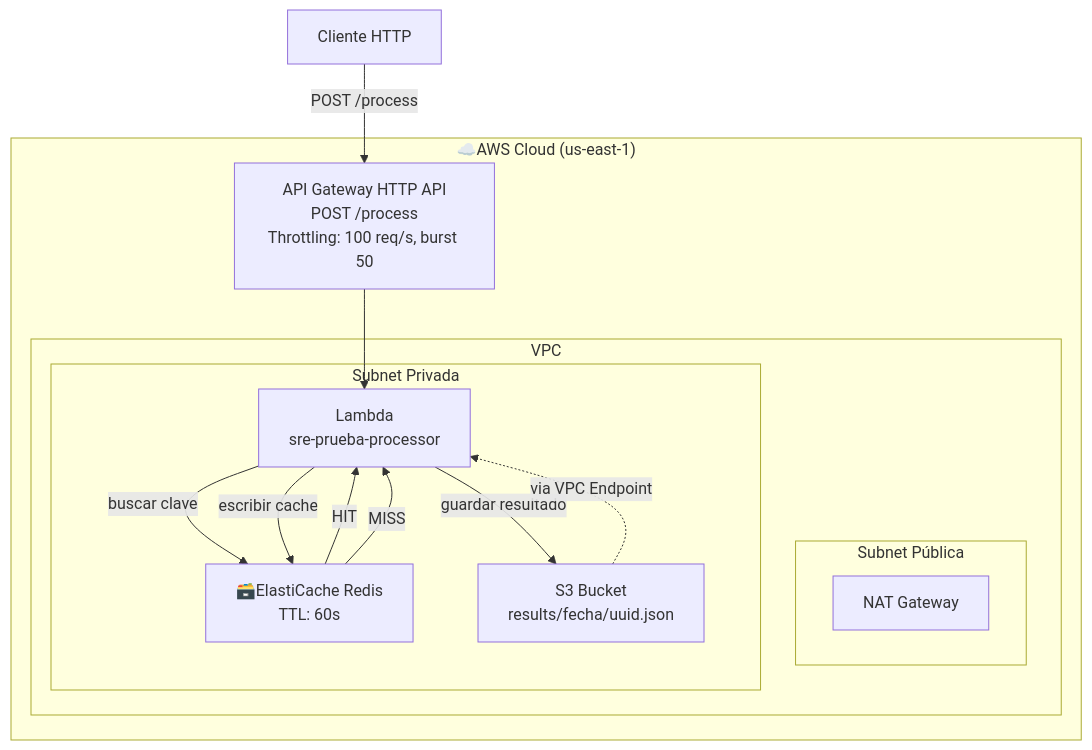
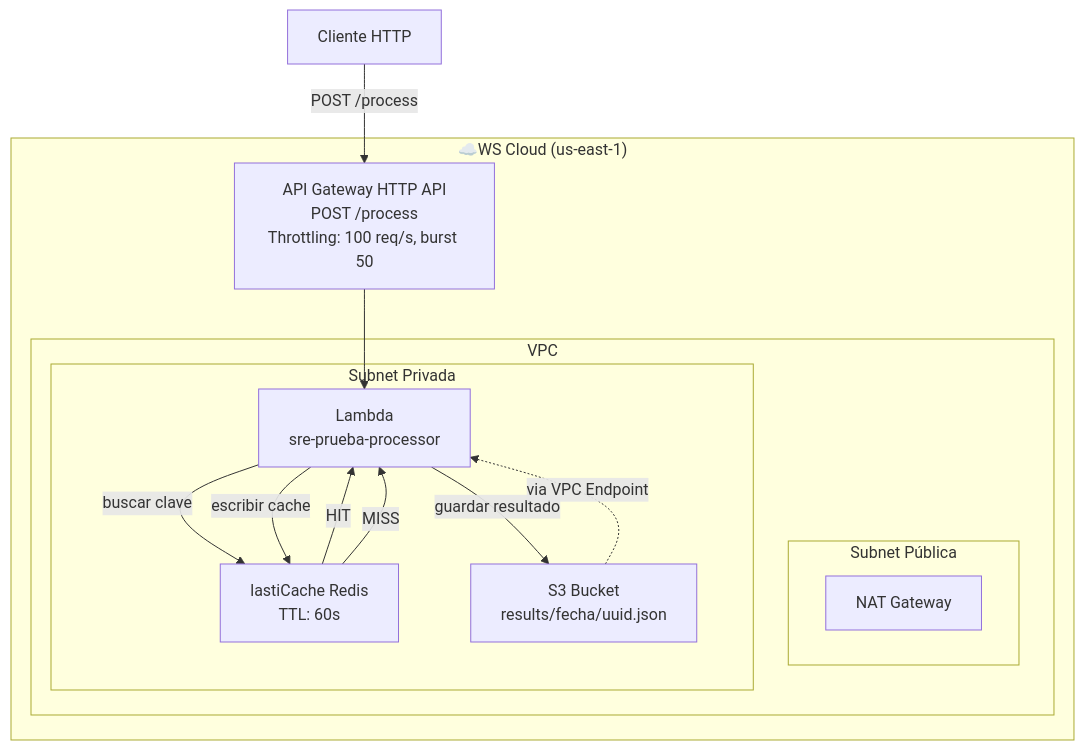
Before and after one commit to JAndresSystems/sre-prueba-tecnica-SRE-Sundevs: the diagram in README.md, drawn with Mermaid.

Commit message:
Formato Mermaid para ver la arquitectura

````diff
--- a/README.md
+++ b/README.md
@@ -6,28 +6,28 @@
 ```mermaid
 flowchart TD
     Cliente[" Cliente HTTP"] -->|POST /process| APIGW
 
-    subgraph AWS["☁️AWS Cloud (us-east-1)"]
+    subgraph AWS["☁️WS Cloud (us-east-1)"]
         APIGW[" API Gateway HTTP API\nPOST /process\nThrottling: 100 req/s, burst 50"]
 
         subgraph VPC[" VPC"]
             subgraph Publica["Subnet Pública"]
                 NAT["NAT Gateway"]
             end
 
             subgraph Privada["Subnet Privada"]
                 Lambda[" Lambda\nsre-prueba-processor"]
-                Redis["🗃️ElastiCache Redis\nTTL: 60s"]
+                Redis["lastiCache Redis\nTTL: 60s"]
                 S3[" S3 Bucket\nresults/fecha/uuid.json"]
             end
         end
 
         APIGW --> Lambda
         Lambda -->|buscar clave| Redis
         Redis -->|HIT| Lambda
         Redis -->|MISS| Lambda
         Lambda -->|guardar resultado| S3
         Lambda -->|escribir cache| Redis
         S3 -.->|via VPC Endpoint| Lambda
     end
 ```
````
